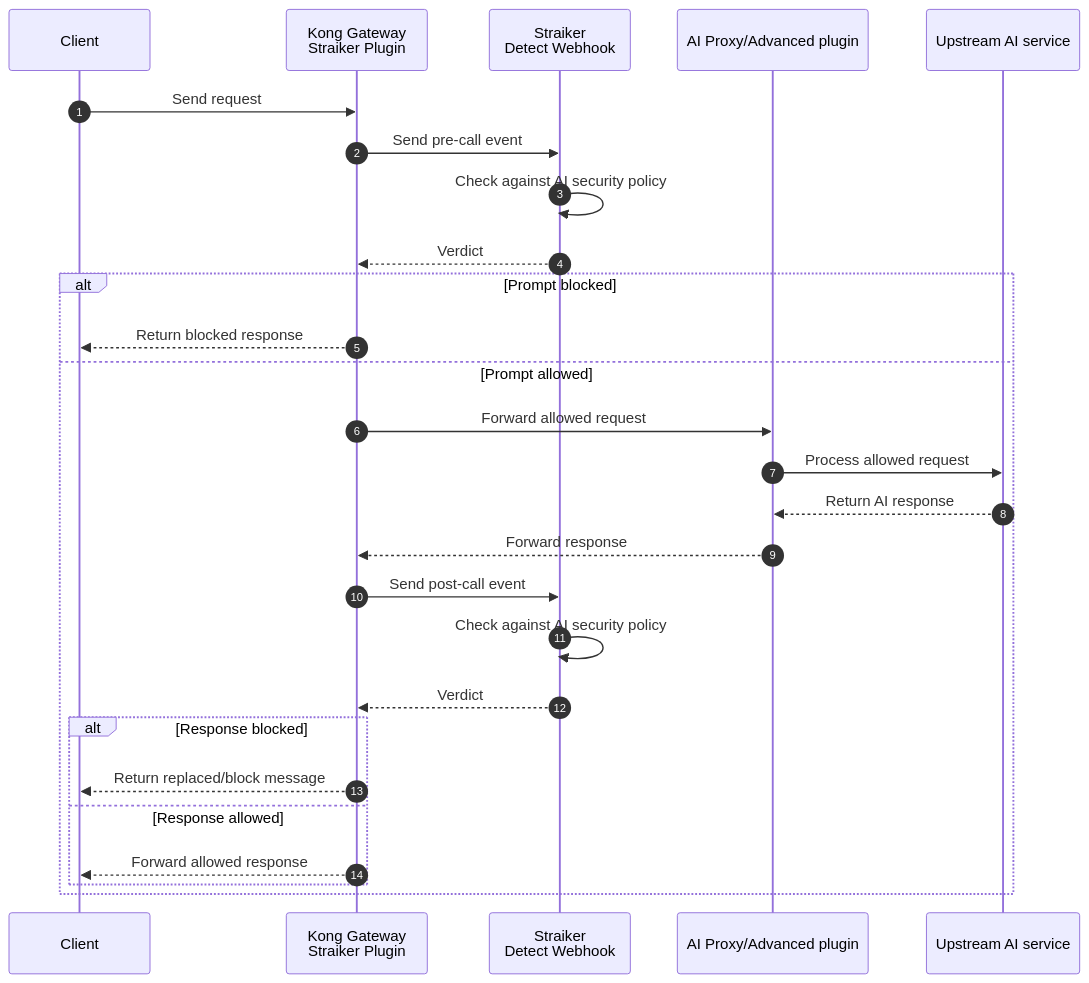
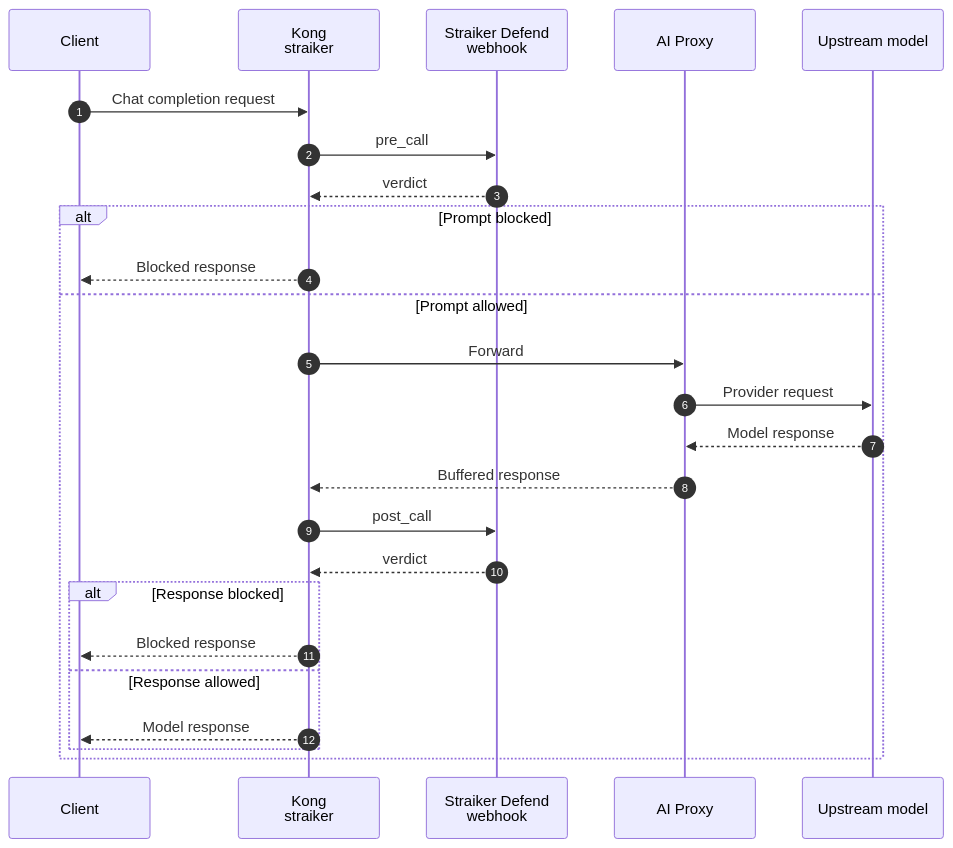
Before and after one commit to straiker-ai/kong: the third of 6 diagrams in README.md, drawn with Mermaid. The commit also changed other lines of this file and 13 other files, not shown here.

````diff
--- a/README.md
+++ b/README.md
@@ -55,32 +95,29 @@
 ```mermaid
 sequenceDiagram
     autonumber
-    participant client as Client
-    participant straiker as Kong Gateway<br/>Straiker Plugin
-    participant detect as Straiker<br/>Detect Webhook
-    participant proxy as AI Proxy/Advanced plugin
-    participant llm as Upstream AI service
+    participant Client
+    participant Plugin as Kong<br/>straiker
+    participant Defend as Straiker Defend<br/>webhook
+    participant Proxy as AI Proxy
+    participant LLM as Upstream model
 
-    client->>straiker: Send request
-    straiker->>detect: Send pre-call event
-    detect->>detect: Check against AI security policy
-    detect-->>straiker: Verdict
+    Client->>Plugin: Chat completion request
+    Plugin->>Defend: pre_call
+    Defend-->>Plugin: verdict
 
     alt Prompt blocked
-        straiker-->>client: Return blocked response
+        Plugin-->>Client: Blocked response
     else Prompt allowed
-        straiker->>proxy: Forward allowed request
-        proxy->>llm: Process allowed request
-        llm-->>proxy: Return AI response
-        proxy-->>straiker: Forward response
-        straiker->>detect: Send post-call event
-        detect->>detect: Check against AI security policy
-        detect-->>straiker: Verdict
-
+        Plugin->>Proxy: Forward
+        Proxy->>LLM: Provider request
+        LLM-->>Proxy: Model response
+        Proxy-->>Plugin: Buffered response
+        Plugin->>Defend: post_call
+        Defend-->>Plugin: verdict
         alt Response blocked
-            straiker-->>client: Return replaced/block message
+            Plugin-->>Client: Blocked response
         else Response allowed
-            straiker-->>client: Forward allowed response
+            Plugin-->>Client: Model response
         end
     end
 ```
````
